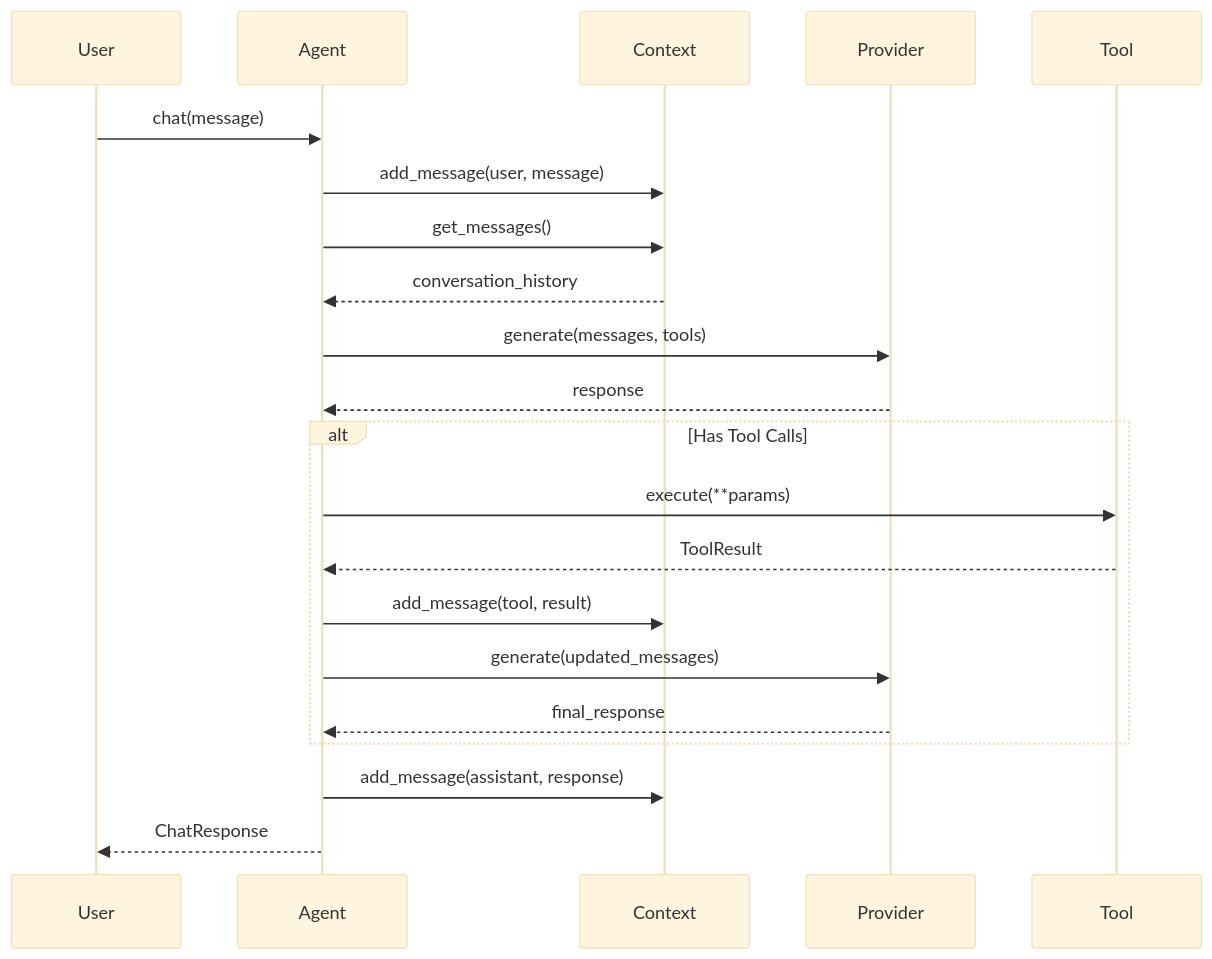
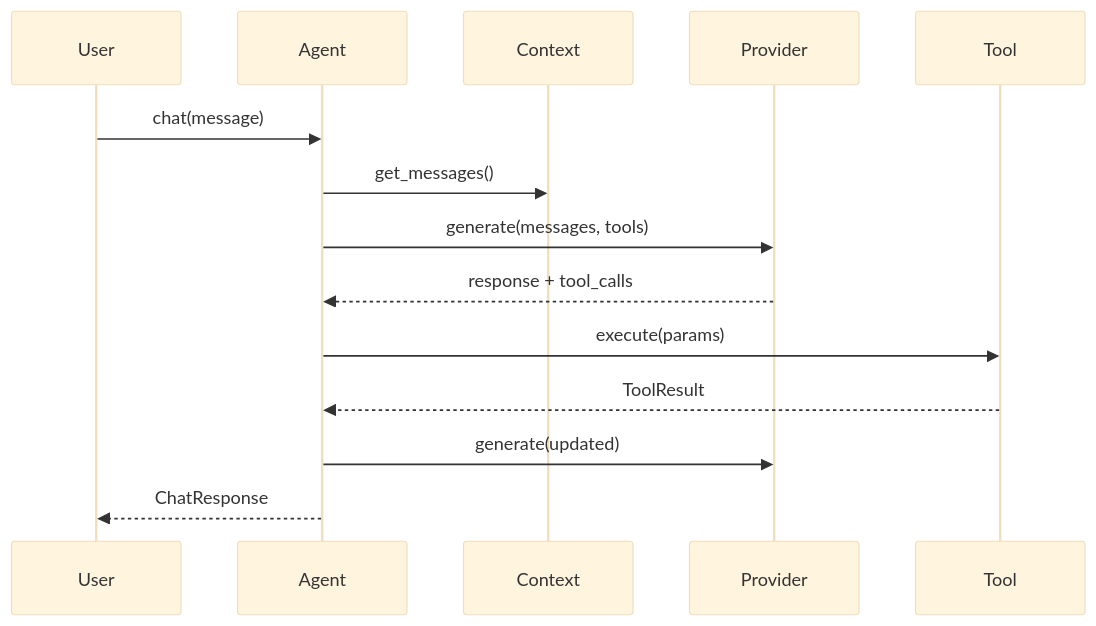
One commit to vjsingh1984/victor changed the fourth of 6 diagrams in docs/DEVELOPER_GUIDE.md. Above: the diagram before and after it, drawn with Mermaid (base theme). The commit also changed other lines of this file and 6 other files, not shown here.

First line of the commit message:
docs: refresh documentation with tables, diagrams, and admonitions

````diff
--- a/docs/DEVELOPER_GUIDE.md
+++ b/docs/DEVELOPER_GUIDE.md
@@ -196,27 +138,11 @@
 ```mermaid
 sequenceDiagram
-    participant User
-    participant Agent
-    participant Context
-    participant Provider
-    participant Tool
-
     User->>Agent: chat(message)
-    Agent->>Context: add_message(user, message)
     Agent->>Context: get_messages()
-    Context-->>Agent: conversation_history
-
     Agent->>Provider: generate(messages, tools)
-    Provider-->>Agent: response
-
-    alt Has Tool Calls
-        Agent->>Tool: execute(**params)
-        Tool-->>Agent: ToolResult
-        Agent->>Context: add_message(tool, result)
-        Agent->>Provider: generate(updated_messages)
-        Provider-->>Agent: final_response
-    end
-
-    Agent->>Context: add_message(assistant, response)
+    Provider-->>Agent: response + tool_calls
+    Agent->>Tool: execute(params)
+    Tool-->>Agent: ToolResult
+    Agent->>Provider: generate(updated)
     Agent-->>User: ChatResponse
 ```
````
